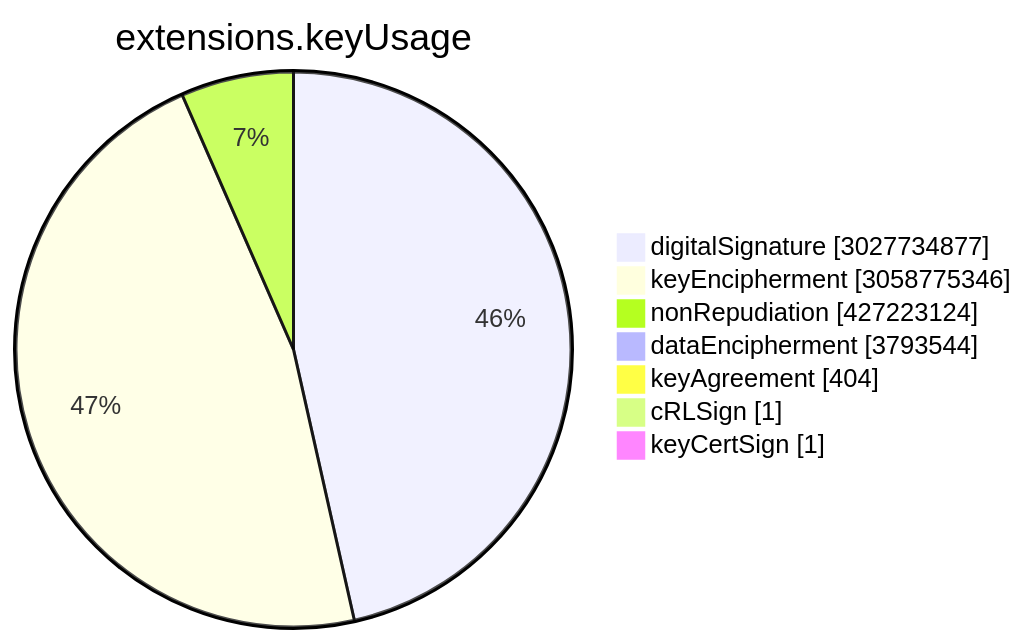
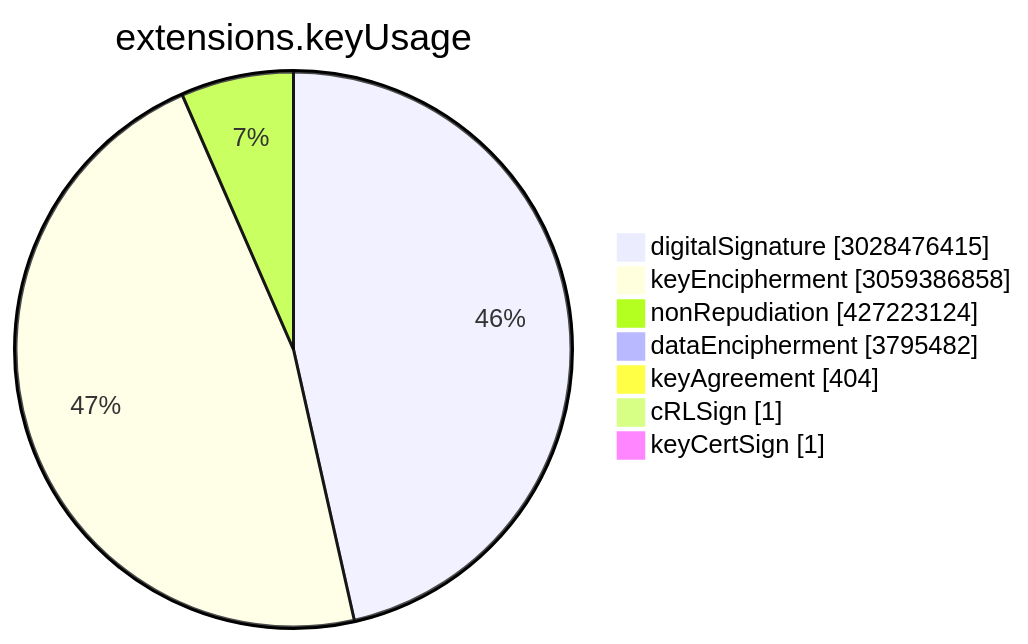
One commit to christiankrug/ctmonitor_visualization changed the sixth of 15 diagrams in TOTAL/README.md. Above: the diagram before and after it, drawn with Mermaid. The commit also changed other lines of this file, not shown here.

````diff
--- a/TOTAL/README.md
+++ b/TOTAL/README.md
@@ -3077,11 +3077,11 @@
 ```mermaid
 pie showData
 title extensions.keyUsage
-"digitalSignature" :3027734877
-"keyEncipherment" :3058775346
+"digitalSignature" :3028476415
+"keyEncipherment" :3059386858
 "nonRepudiation" :427223124
-"dataEncipherment" :3793544
+"dataEncipherment" :3795482
 "keyAgreement" :404
 "cRLSign" :1
 "keyCertSign" :1
 ```
````
